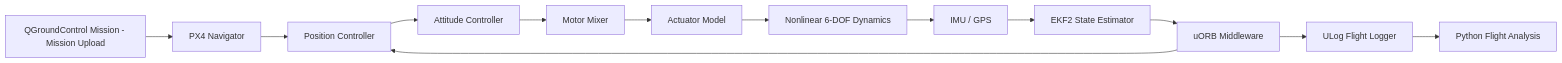
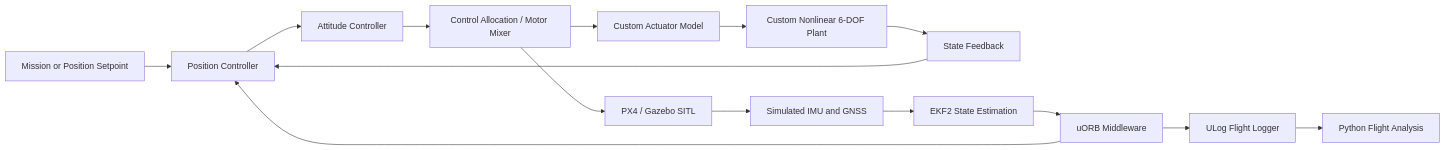
One commit to Vaiy108/autonomous-uav-avionics-control-stack changed the first of 2 diagrams in README.md. Above: the diagram before and after it, drawn with Mermaid. The commit also changed other lines of this file and 3 other files, not shown here.

Commit message:
Finalize autonomous UAV flight-control stack documentation and validation

````diff
--- a/README.md
+++ b/README.md
@@ -26,28 +26,19 @@
 ```mermaid
 flowchart LR
+    A[Mission or Position Setpoint] --> B[Position Controller]
+    B --> C[Attitude Controller]
+    C --> D[Control Allocation / Motor Mixer]
 
-A[QGroundControl Mission - Mission Upload]
---> B[PX4 Navigator]
+    D --> E1[Custom Actuator Model]
+    E1 --> F1[Custom Nonlinear 6-DOF Plant]
+    F1 --> G1[State Feedback]
+    G1 --> B
 
-B --> C[Position Controller]
-
-C --> D[Attitude Controller]
-
-D --> E[Motor Mixer]
-
-E --> F[Actuator Model]
-
-F --> G[Nonlinear 6-DOF Dynamics]
-
-G --> H[IMU / GPS]
-
-H --> I[EKF2 State Estimator]
-
-I --> J[uORB Middleware]
-
-J --> C
-
-J --> K[ULog Flight Logger]
-
-K --> L[Python Flight Analysis]
+    D --> E2[PX4 / Gazebo SITL]
+    E2 --> F2[Simulated IMU and GNSS]
+    F2 --> G2[EKF2 State Estimation]
+    G2 --> H[uORB Middleware]
+    H --> B
+    H --> I[ULog Flight Logger]
+    I --> J[Python Flight Analysis]
 ```
````
